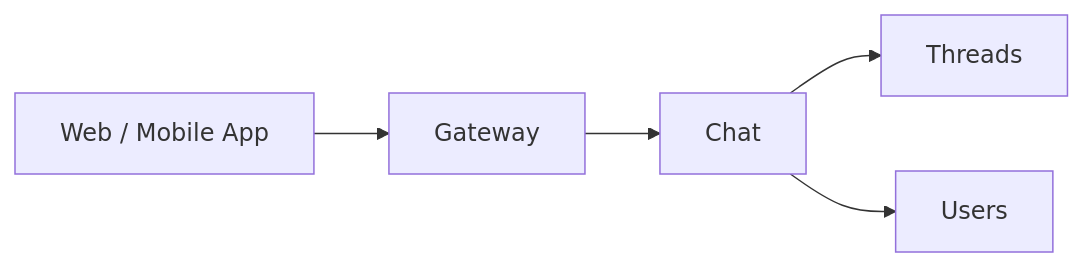
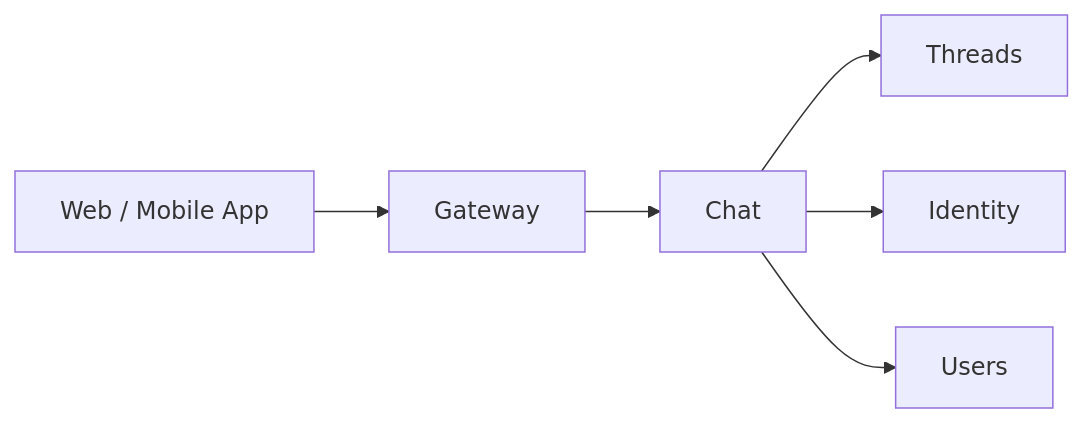
One commit to agynio/architecture changed the diagram in architecture/chat.md. Above: the diagram before and after it, drawn with Mermaid. The commit also changed other lines of this file and 9 other files, not shown here.

````diff
--- a/architecture/chat.md
+++ b/architecture/chat.md
@@ -23,7 +23,8 @@
 ```mermaid
 graph LR
     UI[Web / Mobile App] --> GW[Gateway]
     GW --> Chat
     Chat --> Threads
+    Chat --> Identity
     Chat --> Users
 ```
````
